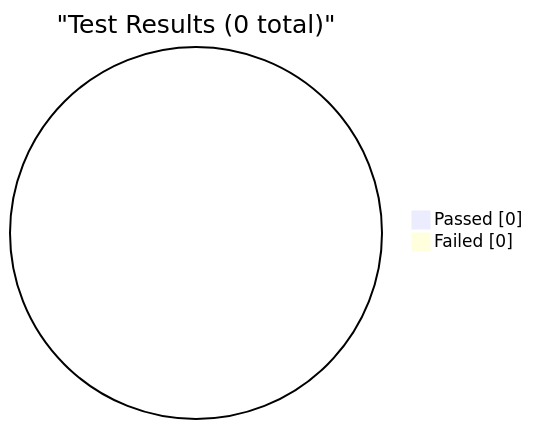
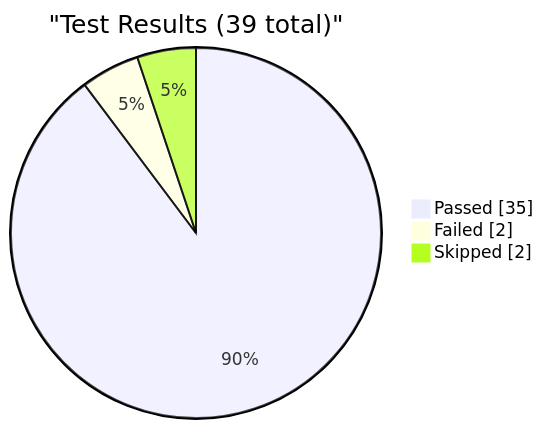
Before and after one commit to EliteaAI/onetest-ai-tm-Elitea: the first of 6 diagrams in reports/dashboard.md, drawn with Mermaid. The commit also changed other lines of this file and 1 other file, not shown here.

Commit message:
dashboard: update test metrics for RUN-ELITEA-2026-10-22-312-DEV-CHAT-FAILED

````diff
--- a/reports/dashboard.md
+++ b/reports/dashboard.md
@@ -9,6 +9,7 @@
 ```mermaid
 pie showData
-    title "Test Results (0 total)"
-    "Passed" : 0
-    "Failed" : 0
+    title "Test Results (39 total)"
+    "Passed" : 35
+    "Failed" : 2
+    "Skipped" : 2
 ```
````
